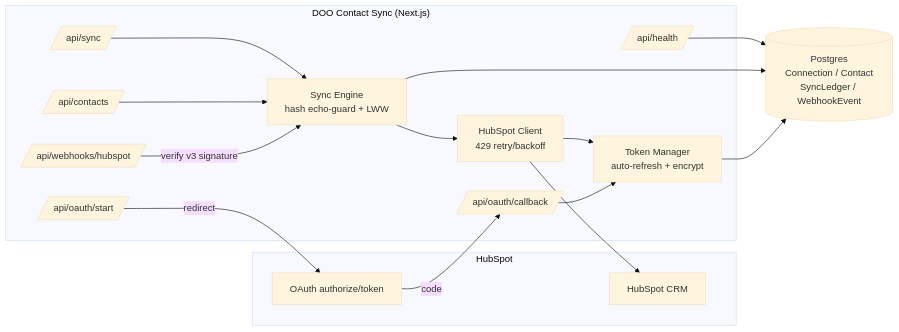
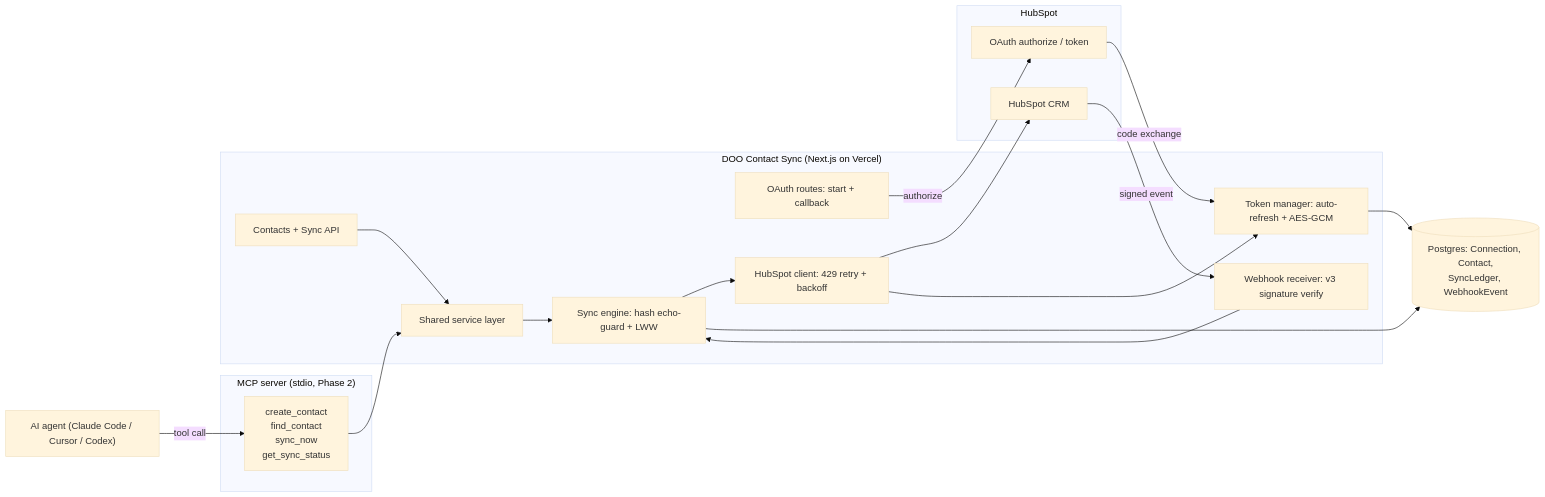
The diagram in README.md (YousefNabil-SOC/doo-contact-sync), drawn with Mermaid (base theme) before and after one commit. The commit also changed other lines of this file and 5 other files, not shown here.

````diff
--- a/README.md
+++ b/README.md
@@ -65,32 +98,39 @@
 ```mermaid
 flowchart LR
-  subgraph HubSpot
-    HS[HubSpot CRM]
-    AUTH[OAuth authorize/token]
+  AG["AI agent (Claude Code / Cursor / Codex)"]
+
+  subgraph MCP["MCP server (stdio, Phase 2)"]
+    TOOLS["create_contact<br/>find_contact<br/>sync_now<br/>get_sync_status"]
   end
 
-  subgraph Connector["DOO Contact Sync (Next.js)"]
-    OS[/api/oauth/start/]
-    OC[/api/oauth/callback/]
-    WH[/api/webhooks/hubspot/]
-    CT[/api/contacts/]
-    SY[/api/sync/]
-    HE[/api/health/]
-    TM[Token Manager\nauto-refresh + encrypt]
-    EN[Sync Engine\nhash echo-guard + LWW]
-    CL[HubSpot Client\n429 retry/backoff]
+  subgraph Connector["DOO Contact Sync (Next.js on Vercel)"]
+    OAUTH["OAuth routes: start + callback"]
+    WH["Webhook receiver: v3 signature verify"]
+    API["Contacts + Sync API"]
+    SVC["Shared service layer"]
+    EN["Sync engine: hash echo-guard + LWW"]
+    TM["Token manager: auto-refresh + AES-GCM"]
+    CL["HubSpot client: 429 retry + backoff"]
   end
 
-  DB[(Postgres\nConnection / Contact\nSyncLedger / WebhookEvent)]
+  subgraph HubSpot["HubSpot"]
+    HS["HubSpot CRM"]
+    HAUTH["OAuth authorize / token"]
+  end
 
-  OS -->|redirect| AUTH
-  AUTH -->|code| OC
-  OC --> TM --> DB
-  WH -->|verify v3 signature| EN
-  CT --> EN
-  SY --> EN
-  EN --> CL --> HS
+  DB[("Postgres: Connection, Contact,<br/>SyncLedger, WebhookEvent")]
+
+  AG -->|tool call| TOOLS
+  TOOLS --> SVC
+  API --> SVC
+  SVC --> EN
+  OAUTH -->|authorize| HAUTH
+  HAUTH -->|code exchange| TM
+  TM --> DB
+  HS -->|signed event| WH
+  WH --> EN
+  EN --> CL
+  CL --> HS
+  CL --> TM
   EN --> DB
-  CL --> TM
-  HE --> DB
 ```
````
